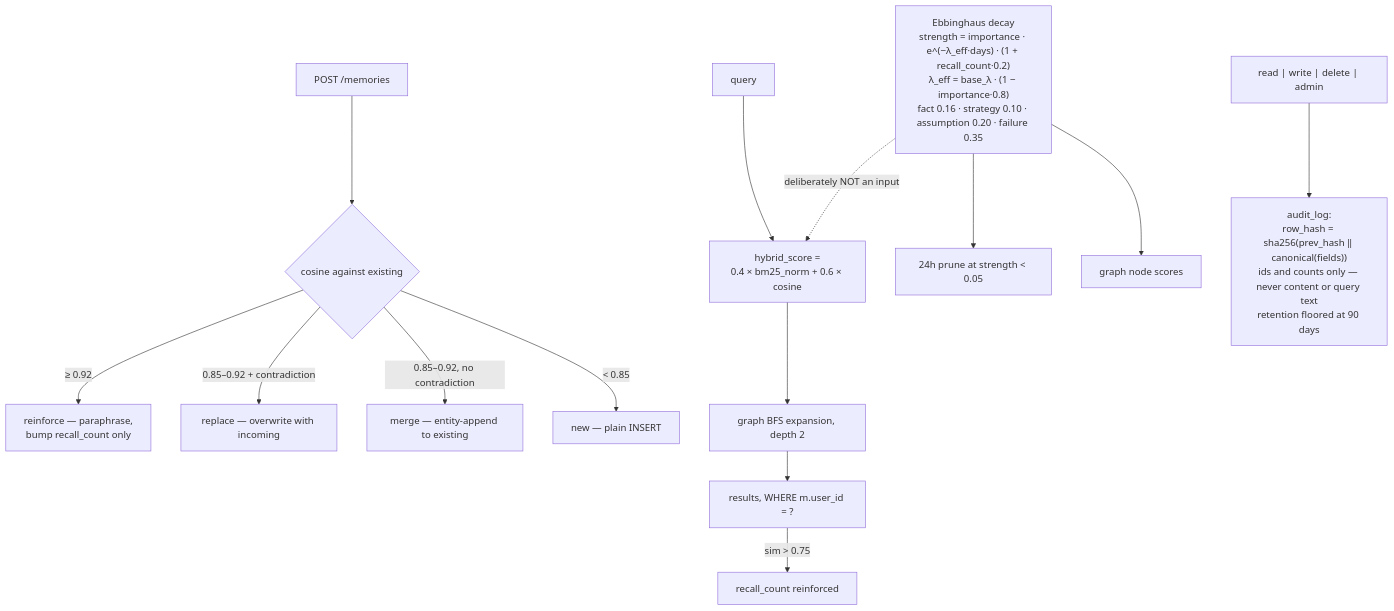
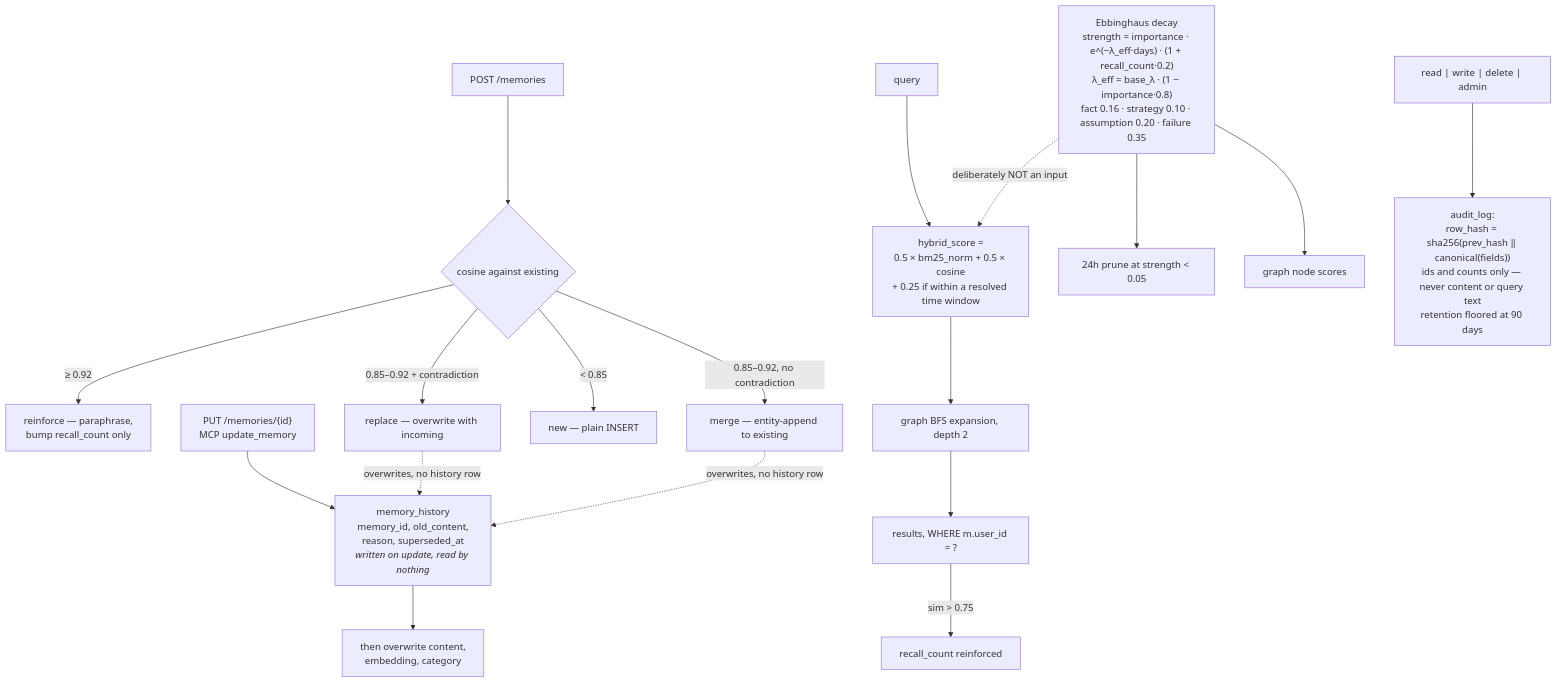
The diagram in content/systems/yourmemory.md (neoneye/agent-memory-atlas), drawn with Mermaid before and after one commit. The commit also changed other lines of this file and 130 other files, not shown here.

````diff
--- a/content/systems/yourmemory.md
+++ b/content/systems/yourmemory.md
@@ -80,17 +96,21 @@
 ```mermaid
-%% caption: four write outcomes chosen by cosine band and whether a contradiction was detected, with decay deliberately excluded from the retrieval score and included in the graph's
+%% caption: the two write surfaces diverge on supersession — the explicit update logs the old content to memory_history, the dedup replace branch overwrites without it — and decay is excluded from the retrieval score while included in the graph's
 flowchart TD
     W["POST /memories"] --> SIM{"cosine against existing"}
     SIM -->|"≥ 0.92"| RE["reinforce — paraphrase,<br/>bump recall_count only"]
     SIM -->|"0.85–0.92 + contradiction"| RP["replace — overwrite with incoming"]
     SIM -->|"0.85–0.92, no contradiction"| MG["merge — entity-append to existing"]
     SIM -->|"< 0.85"| NW["new — plain INSERT"]
-    Q["query"] --> H["hybrid_score =<br/>0.4 × bm25_norm + 0.6 × cosine"]
+    U["PUT /memories/{id}<br/>MCP update_memory"] --> MH["memory_history<br/>memory_id, old_content,<br/>reason, superseded_at<br/><i>written on update, read by nothing</i>"]
+    MH --> OW["then overwrite content,<br/>embedding, category"]
+    RP -.->|"overwrites, no history row"| MH
+    MG -.->|"overwrites, no history row"| MH
+    Q["query"] --> H["hybrid_score =<br/>0.5 × bm25_norm + 0.5 × cosine<br/>+ 0.25 if within a resolved time window"]
     H --> G["graph BFS expansion, depth 2"]
     G --> R["results, WHERE m.user_id = ?"]
     R -->|"sim &gt; 0.75"| RC["recall_count reinforced"]
     D["Ebbinghaus decay<br/>strength = importance · e^(−λ_eff·days) · (1 + recall_count·0.2)<br/>λ_eff = base_λ · (1 − importance·0.8)<br/>fact 0.16 · strategy 0.10 · assumption 0.20 · failure 0.35"] --> PR["24h prune at strength &lt; 0.05"]
     D --> GS["graph node scores"]
     D -.->|"deliberately NOT an input"| H
     ANY["read | write | delete | admin"] --> AU["audit_log:<br/>row_hash = sha256(prev_hash ‖ canonical(fields))<br/>ids and counts only — never content or query text<br/>retention floored at 90 days"]
 ```
````
